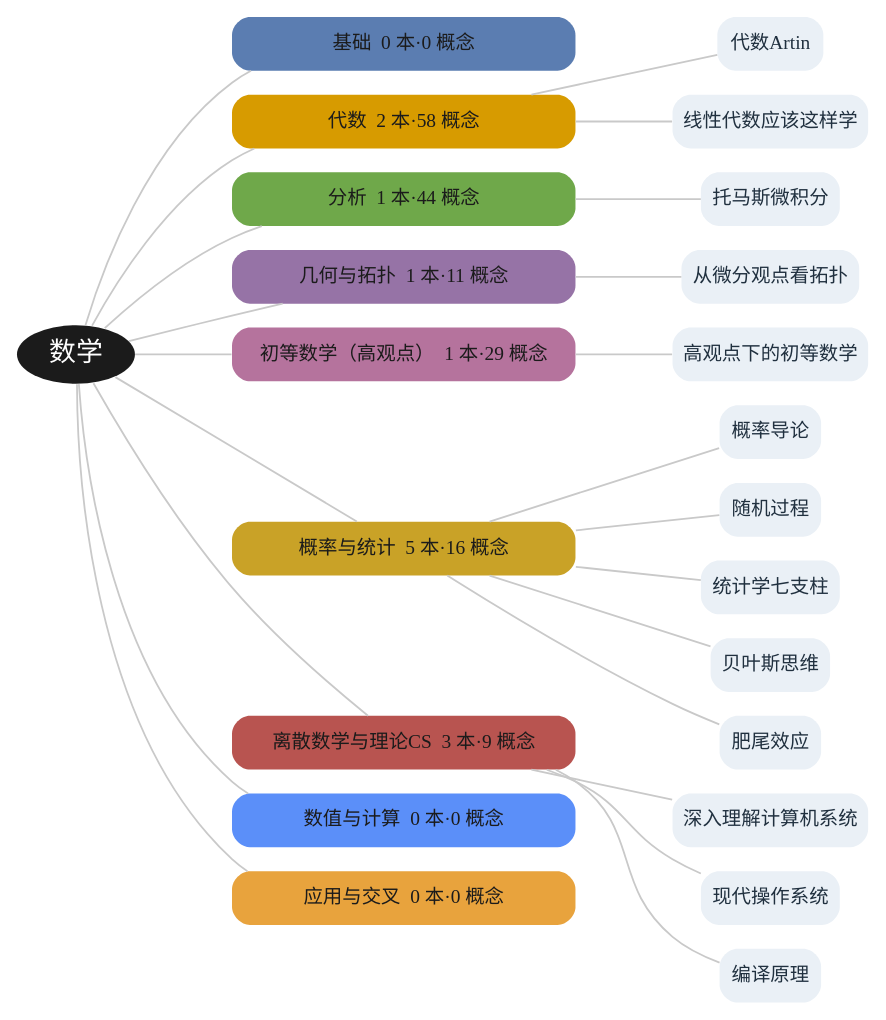
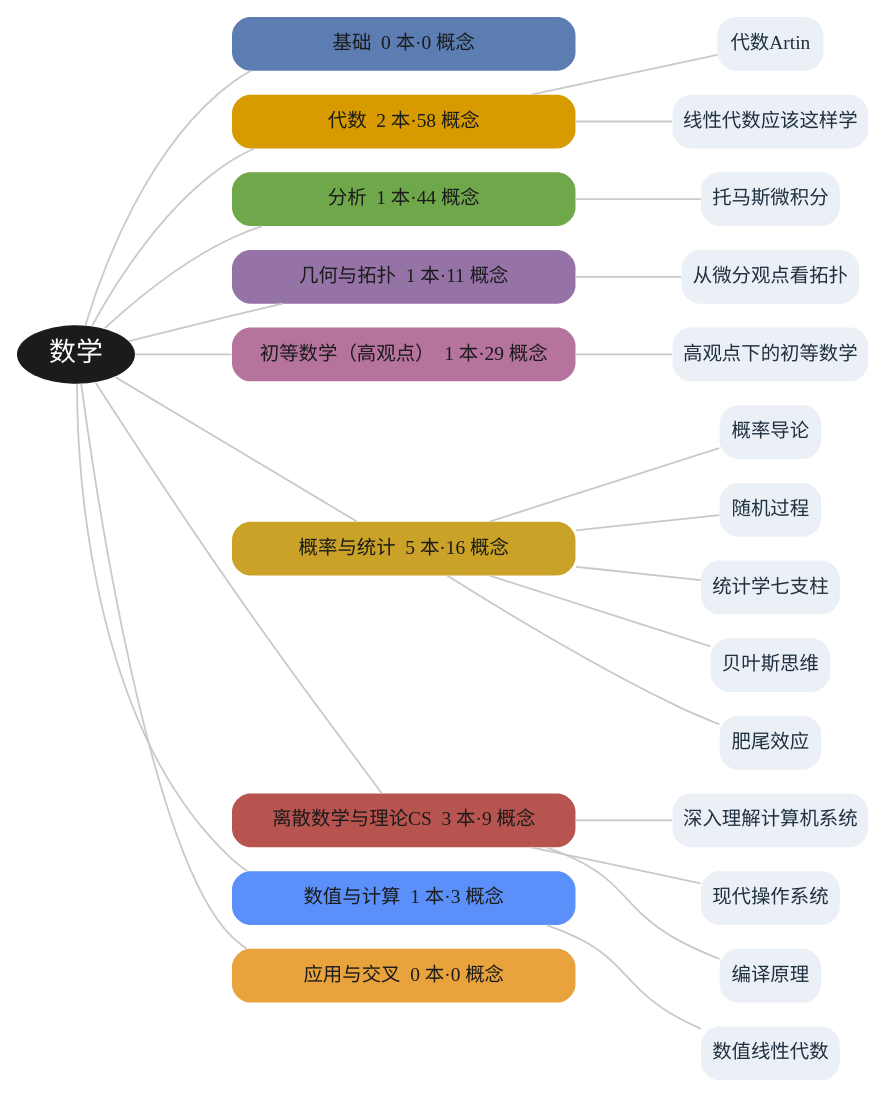
One commit to lyp0746/lyp-notes changed the diagram in book/figures/fig-branches.dot. Above: the diagram before and after it, drawn with Graphviz. The commit also changed 29 other files, not shown here.

Commit message:
新增《数值线性代数》(Trefethen & Bau, 第一部分)：3 概念+2 实体+导读+跨书桥接；封面加动态「收录 N 本书 · M 概念」标注；每部分改为整页彩色扉页；重建插图(14 书/169 概念)与 PDF(81 页)

```diff
--- a/book/figures/fig-branches.dot
+++ b/book/figures/fig-branches.dot
@@ -1,50 +1,52 @@
 digraph G {
   graph [bgcolor="white", rankdir=LR, nodesep=0.22, ranksep=0.9];
   node [shape=box, style="rounded,filled", penwidth=0, fontname="Microsoft YaHei", fontsize=13];
   edge [color="#C9C9C9", arrowhead=none, penwidth=1.2];
   MATH [label="数学", shape=ellipse, fillcolor="#1B1B1B", fontcolor="white", fontsize=18, width=1.1];
   b_base [label="基础  0 本·0 概念", fillcolor="#5B7DB1", fontcolor="#1B1B1B", width=3.2];
   MATH -> b_base;
   b_alg [label="代数  2 本·58 概念", fillcolor="#D79B00", fontcolor="#1B1B1B", width=3.2];
   MATH -> b_alg;
   b_ana [label="分析  1 本·44 概念", fillcolor="#6FA84A", fontcolor="#1B1B1B", width=3.2];
   MATH -> b_ana;
   b_geo [label="几何与拓扑  1 本·11 概念", fillcolor="#9673A6", fontcolor="#1B1B1B", width=3.2];
   MATH -> b_geo;
   b_elem [label="初等数学（高观点）  1 本·29 概念", fillcolor="#B5739D", fontcolor="#1B1B1B", width=3.2];
   MATH -> b_elem;
   b_prob [label="概率与统计  5 本·16 概念", fillcolor="#C9A227", fontcolor="#1B1B1B", width=3.2];
   MATH -> b_prob;
   b_disc [label="离散数学与理论CS  3 本·9 概念", fillcolor="#B85450", fontcolor="#1B1B1B", width=3.2];
   MATH -> b_disc;
-  b_num [label="数值与计算  0 本·0 概念", fillcolor="#5B8FF9", fontcolor="#1B1B1B", width=3.2];
+  b_num [label="数值与计算  1 本·3 概念", fillcolor="#5B8FF9", fontcolor="#1B1B1B", width=3.2];
   MATH -> b_num;
   b_app [label="应用与交叉  0 本·0 概念", fillcolor="#E8A33D", fontcolor="#1B1B1B", width=3.2];
   MATH -> b_app;
   bk_AT [label="代数Artin", fillcolor="#EAF0F6", fontcolor="#20303F"];
   b_alg -> bk_AT;
   bk_LA [label="线性代数应该这样学", fillcolor="#EAF0F6", fontcolor="#20303F"];
   b_alg -> bk_LA;
   bk_CA [label="托马斯微积分", fillcolor="#EAF0F6", fontcolor="#20303F"];
   b_ana -> bk_CA;
   bk_DT [label="从微分观点看拓扑", fillcolor="#EAF0F6", fontcolor="#20303F"];
   b_geo -> bk_DT;
   bk_KG [label="高观点下的初等数学", fillcolor="#EAF0F6", fontcolor="#20303F"];
   b_elem -> bk_KG;
   bk_PD [label="概率导论", fillcolor="#EAF0F6", fontcolor="#20303F"];
   b_prob -> bk_PD;
   bk_SP [label="随机过程", fillcolor="#EAF0F6", fontcolor="#20303F"];
   b_prob -> bk_SP;
   bk_SS [label="统计学七支柱", fillcolor="#EAF0F6", fontcolor="#20303F"];
   b_prob -> bk_SS;
   bk_BT [label="贝叶斯思维", fillcolor="#EAF0F6", fontcolor="#20303F"];
   b_prob -> bk_BT;
   bk_FT [label="肥尾效应", fillcolor="#EAF0F6", fontcolor="#20303F"];
   b_prob -> bk_FT;
   bk_CSAPP [label="深入理解计算机系统", fillcolor="#EAF0F6", fontcolor="#20303F"];
   b_disc -> bk_CSAPP;
   bk_MOS [label="现代操作系统", fillcolor="#EAF0F6", fontcolor="#20303F"];
   b_disc -> bk_MOS;
   bk_CP [label="编译原理", fillcolor="#EAF0F6", fontcolor="#20303F"];
   b_disc -> bk_CP;
+  bk_NLA [label="数值线性代数", fillcolor="#EAF0F6", fontcolor="#20303F"];
+  b_num -> bk_NLA;
 }
```
